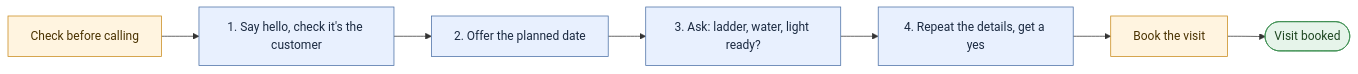
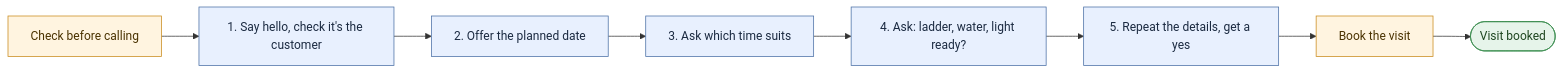
The diagram in flows/service-scheduling/README.md (krupalvora-SSE/hackathon), drawn with Mermaid before and after one commit. The commit also changed other lines of this file and 11 other files, not shown here.

First line of the commit message:
feat(flow): ask the customer which time suits them after they agree to a day

````diff
--- a/flows/service-scheduling/README.md
+++ b/flows/service-scheduling/README.md
@@ -97,14 +97,15 @@
 ```mermaid
 flowchart LR
   P0["Check before calling"]:::sys
   P1["1. Say hello, check it's the customer"]:::talk
   P2["2. Offer the planned date"]:::talk
-  P3["3. Ask: ladder, water, light ready?"]:::talk
-  P4["4. Repeat the details, get a yes"]:::talk
-  P5["Book the visit"]:::sys
-  P6(["Visit booked"]):::end_
-  P0 --> P1 --> P2 --> P3 --> P4 --> P5 --> P6
+  P3["3. Ask which time suits"]:::talk
+  P4["4. Ask: ladder, water, light ready?"]:::talk
+  P5["5. Repeat the details, get a yes"]:::talk
+  P6["Book the visit"]:::sys
+  P7(["Visit booked"]):::end_
+  P0 --> P1 --> P2 --> P3 --> P4 --> P5 --> P6 --> P7
   classDef talk fill:#E8F0FE,stroke:#4A6FA5,color:#1B2A41
   classDef sys fill:#FFF4E0,stroke:#C98A1B,color:#4A3200
   classDef end_ fill:#E6F4EA,stroke:#3C8D50,color:#1E4620
 ```
````
